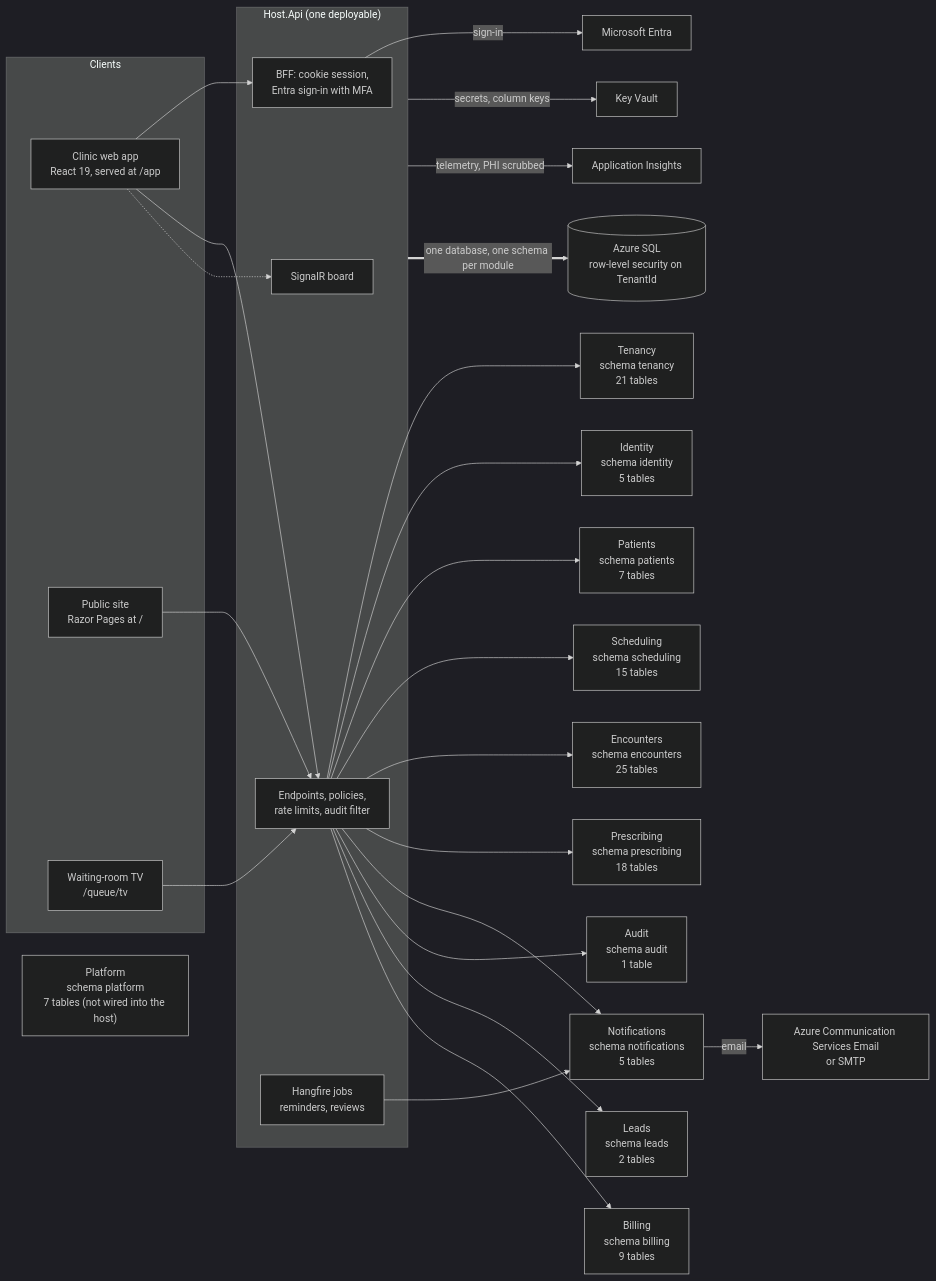
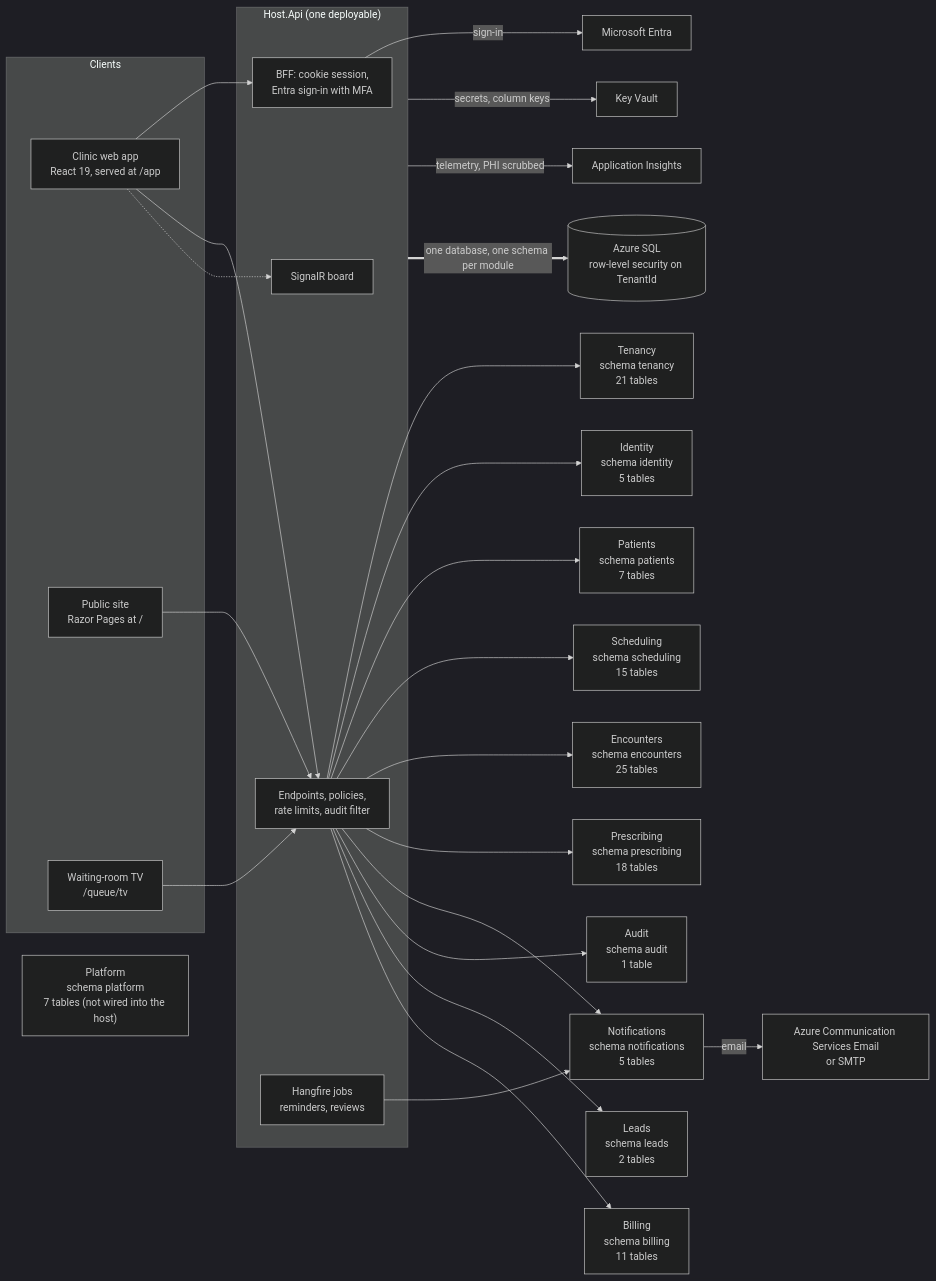
Before and after one commit to ALFRED-LUCIFER/medvya: the first of 14 diagrams in docs/03-architecture/erd.md, drawn with Mermaid (dark theme). The commit also changed other lines of this file and 39 other files, not shown here.

````diff
--- a/docs/03-architecture/erd.md
+++ b/docs/03-architecture/erd.md
@@ -15,36 +15,36 @@
 ```mermaid
 flowchart LR
   subgraph Clients
     web["Clinic web app<br/>React 19, served at /app"]
     site["Public site<br/>Razor Pages at /"]
     tv["Waiting-room TV<br/>/queue/tv"]
   end
   subgraph Host["Host.Api (one deployable)"]
     bff["BFF: cookie session,<br/>Entra sign-in with MFA"]
     api["Endpoints, policies,<br/>rate limits, audit filter"]
     hub["SignalR board"]
     jobs["Hangfire jobs<br/>reminders, reviews"]
   end
   web --> bff
   web --> api
   web -.-> hub
   tv --> api
   site --> api
   api --> Tenancy["Tenancy<br/>schema tenancy<br/>21 tables"]
   api --> Identity["Identity<br/>schema identity<br/>5 tables"]
   api --> Patients["Patients<br/>schema patients<br/>7 tables"]
   api --> Scheduling["Scheduling<br/>schema scheduling<br/>15 tables"]
   api --> Encounters["Encounters<br/>schema encounters<br/>25 tables"]
   api --> Prescribing["Prescribing<br/>schema prescribing<br/>18 tables"]
   api --> Notifications["Notifications<br/>schema notifications<br/>5 tables"]
   api --> Audit["Audit<br/>schema audit<br/>1 table"]
   api --> Leads["Leads<br/>schema leads<br/>2 tables"]
-  api --> Billing["Billing<br/>schema billing<br/>9 tables"]
+  api --> Billing["Billing<br/>schema billing<br/>11 tables"]
   Platform["Platform<br/>schema platform<br/>7 tables (not wired into the host)"]
   jobs --> Notifications
   bff -->|"sign-in"| entra["Microsoft Entra"]
   Notifications -->|"email"| mail["Azure Communication Services Email<br/>or SMTP"]
   Host -->|"secrets, column keys"| kv["Key Vault"]
   Host -->|"telemetry, PHI scrubbed"| ai["Application Insights"]
   Host ==>|"one database, one schema per module"| sql[("Azure SQL<br/>row-level security on TenantId")]
 ```
````
